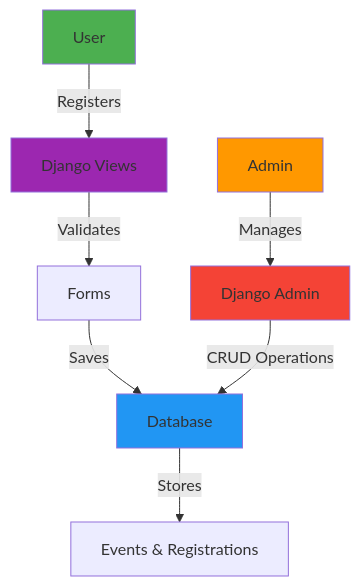
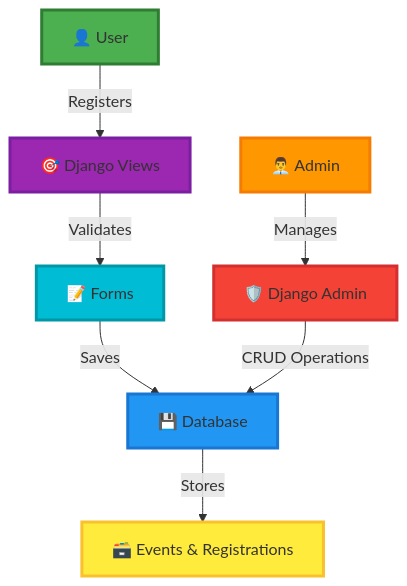
Before and after one commit to koushik4475/EVENT-REGISTRATION-DJANGO-: the first of 2 diagrams in README.md, drawn with Mermaid. The commit also changed other lines of this file, not shown here.

````diff
--- a/README.md
+++ b/README.md
@@ -154,15 +248,17 @@
 ```mermaid
 graph TB
-    A[User] -->|Registers| B[Django Views]
-    B -->|Validates| C[Forms]
-    C -->|Saves| D[Database]
-    E[Admin] -->|Manages| F[Django Admin]
+    A[👤 User] -->|Registers| B[🎯 Django Views]
+    B -->|Validates| C[📝 Forms]
+    C -->|Saves| D[💾 Database]
+    E[👨‍💼 Admin] -->|Manages| F[🛡️ Django Admin]
     F -->|CRUD Operations| D
-    D -->|Stores| G[Events & Registrations]
+    D -->|Stores| G[🗃️ Events & Registrations]
     
-    style A fill:#4CAF50
-    style E fill:#FF9800
-    style D fill:#2196F3
-    style B fill:#9C27B0
-    style F fill:#F44336
+    style A fill:#4CAF50,stroke:#2E7D32,stroke-width:3px
+    style E fill:#FF9800,stroke:#F57C00,stroke-width:3px
+    style D fill:#2196F3,stroke:#1976D2,stroke-width:3px
+    style B fill:#9C27B0,stroke:#7B1FA2,stroke-width:3px
+    style F fill:#F44336,stroke:#D32F2F,stroke-width:3px
+    style C fill:#00BCD4,stroke:#0097A7,stroke-width:3px
+    style G fill:#FFEB3B,stroke:#FBC02D,stroke-width:3px
 ```
````
